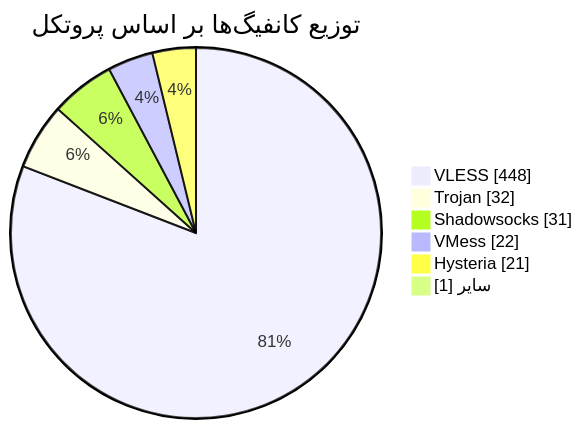
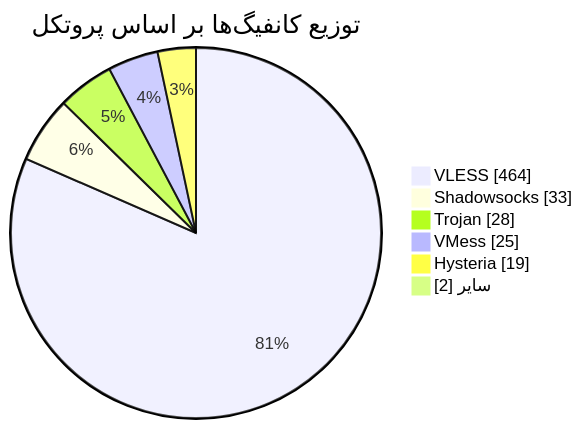
The diagram in README.md (Arian-Alijani/Somthing), drawn with Mermaid before and after one commit. The commit also changed other lines of this file and 87 other files, not shown here.

````diff
--- a/README.md
+++ b/README.md
@@ -48,10 +48,10 @@
 ```mermaid
 pie showData
     title توزیع کانفیگ‌ها بر اساس پروتکل
-    "VLESS" : 448
-    "Trojan" : 32
-    "Shadowsocks" : 31
-    "VMess" : 22
-    "Hysteria" : 21
-    "سایر" : 1
+    "VLESS" : 464
+    "Shadowsocks" : 33
+    "Trojan" : 28
+    "VMess" : 25
+    "Hysteria" : 19
+    "سایر" : 2
 ```
````
